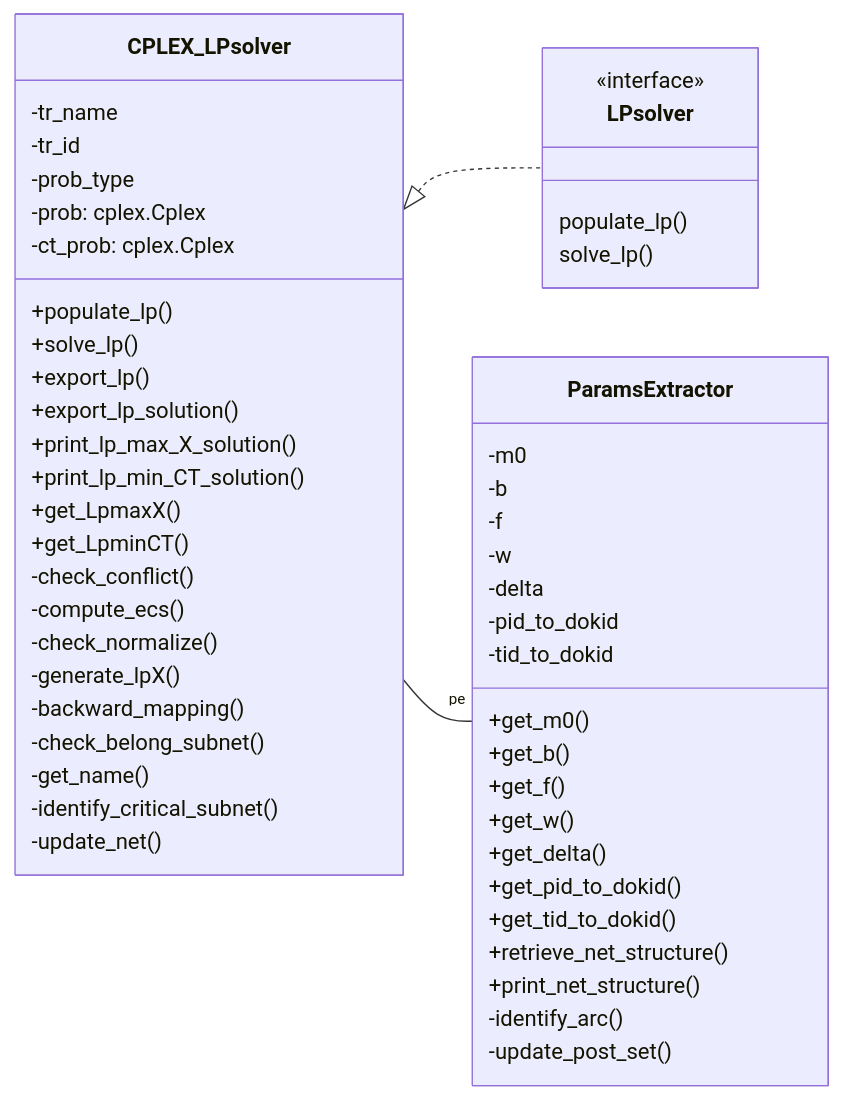
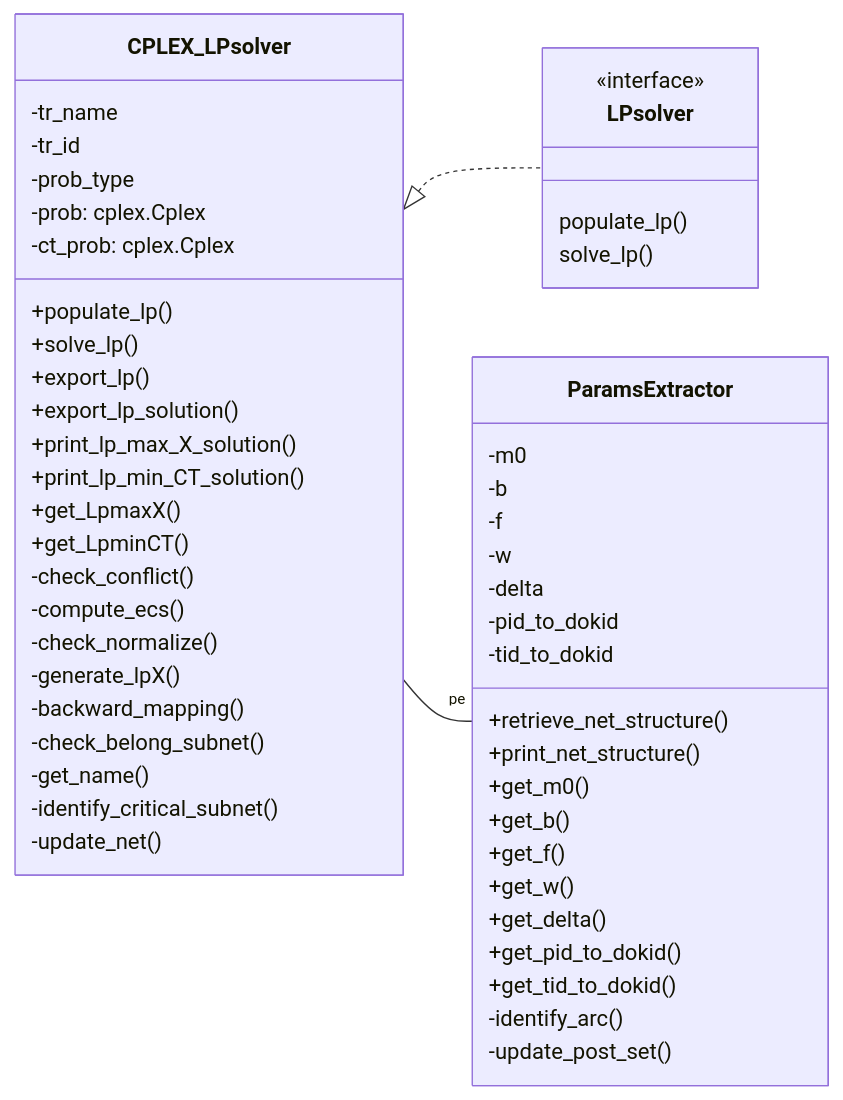
One commit to simber72/PTPNperfbound changed the third of 3 diagrams in doc/Solver_modules.md. Above: the diagram before and after it, drawn with Mermaid. The commit also changed other lines of this file, not shown here.

````diff
--- a/doc/Solver_modules.md
+++ b/doc/Solver_modules.md
@@ -118,59 +118,58 @@
 ```mermaid
 classDiagram
 	
 	direction LR
 	class LPsolver{
 		populate_lp()
 		solve_lp()
 	}
 	<<interface>> LPsolver
 
 	class CPLEX_LPsolver{
 		-tr_name
 		-tr_id
 		-prob_type
 		-prob: cplex.Cplex
 		-ct_prob: cplex.Cplex
 		+populate_lp()
 		+solve_lp()
 		+export_lp()
 		+export_lp_solution()
 		+print_lp_max_X_solution()
 		+print_lp_min_CT_solution()
 		+get_LpmaxX()
 		+get_LpminCT()
 		-check_conflict()
 		-compute_ecs()
 		-check_normalize()
 		-generate_lpX()
 		-backward_mapping()
 		-check_belong_subnet()
 		-get_name()
 		-identify_critical_subnet()
 		-update_net()
 	}
 	class ParamsExtractor{
 		-m0
 		-b
 		-f
 		-w
 		-delta
 		-pid_to_dokid
 		-tid_to_dokid
+		+retrieve_net_structure()
+		+print_net_structure()
 		+get_m0()
 		+get_b()
 		+get_f()
 		+get_w()
 		+get_delta()
 		+get_pid_to_dokid()
 		+get_tid_to_dokid()
-		+retrieve_net_structure()
-		+print_net_structure()
 		-identify_arc()
 		-update_post_set()
-
 	}
 
 	CPLEX_LPsolver <|.. LPsolver
 	CPLEX_LPsolver --"pe" ParamsExtractor
 ```
````
